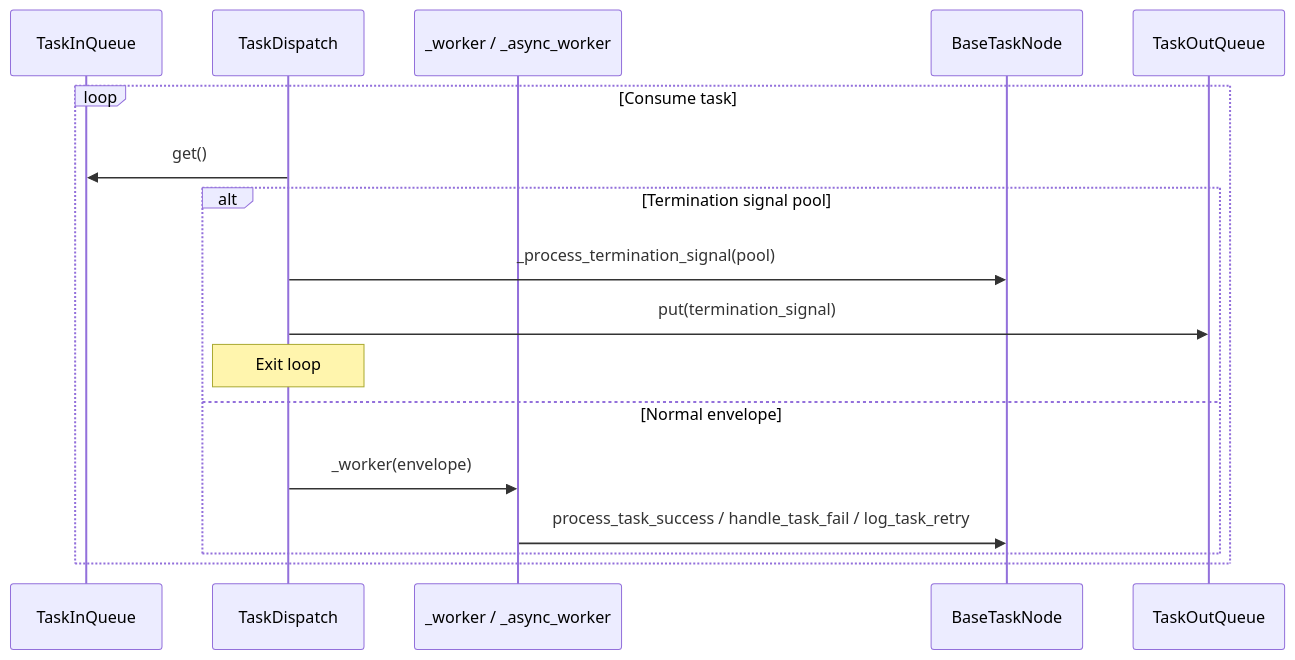
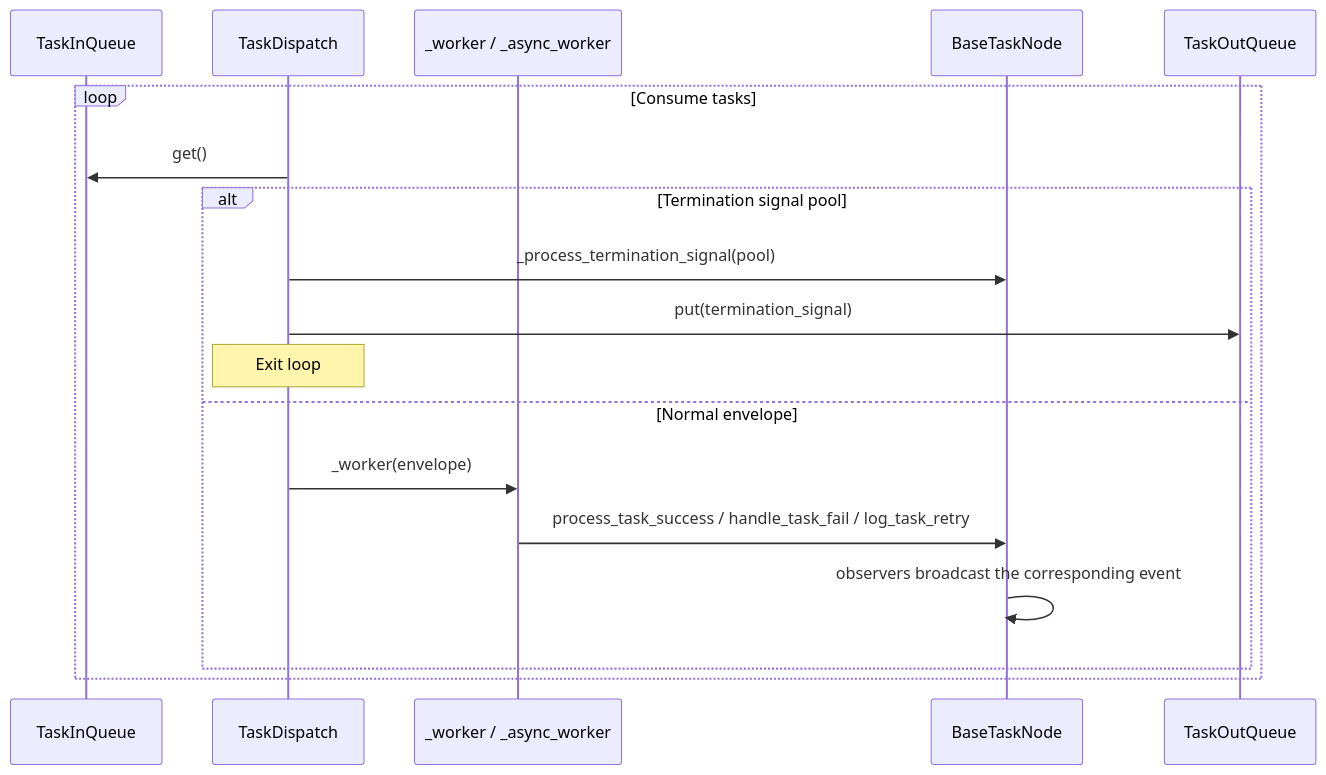
The first of 2 diagrams in docs/en/src/node/core_dispatch.md (Mr-xiaotian/CelestialFlow), drawn with Mermaid before and after one commit. The commit also changed other lines of this file and 157 other files, not shown here.

````diff
--- a/docs/en/src/node/core_dispatch.md
+++ b/docs/en/src/node/core_dispatch.md
@@ -112,20 +142,21 @@
 ```mermaid
 sequenceDiagram
     participant Q as TaskInQueue
     participant D as TaskDispatch
     participant W as _worker / _async_worker
     participant N as BaseTaskNode
     participant R as TaskOutQueue
 
-    loop Consume task
+    loop Consume tasks
         D->>Q: get()
         alt Termination signal pool
             D->>N: _process_termination_signal(pool)
             D->>R: put(termination_signal)
             Note over D: Exit loop
         else Normal envelope
             D->>W: _worker(envelope)
             W->>N: process_task_success / handle_task_fail / log_task_retry
+            N->>N: observers broadcast the corresponding event
         end
     end
 ```
````
